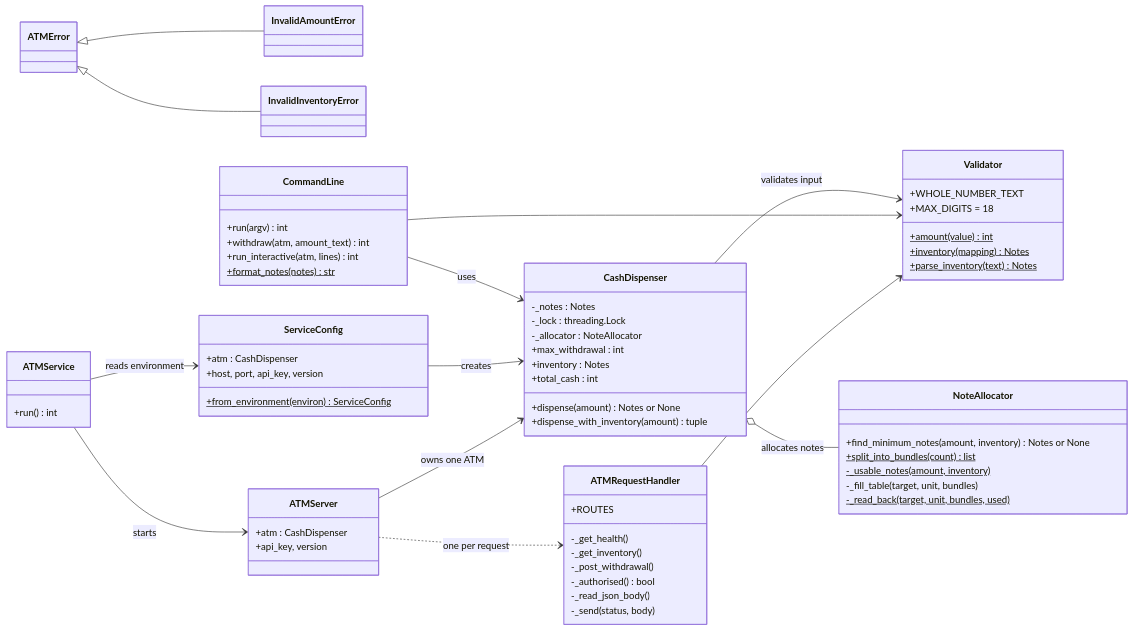
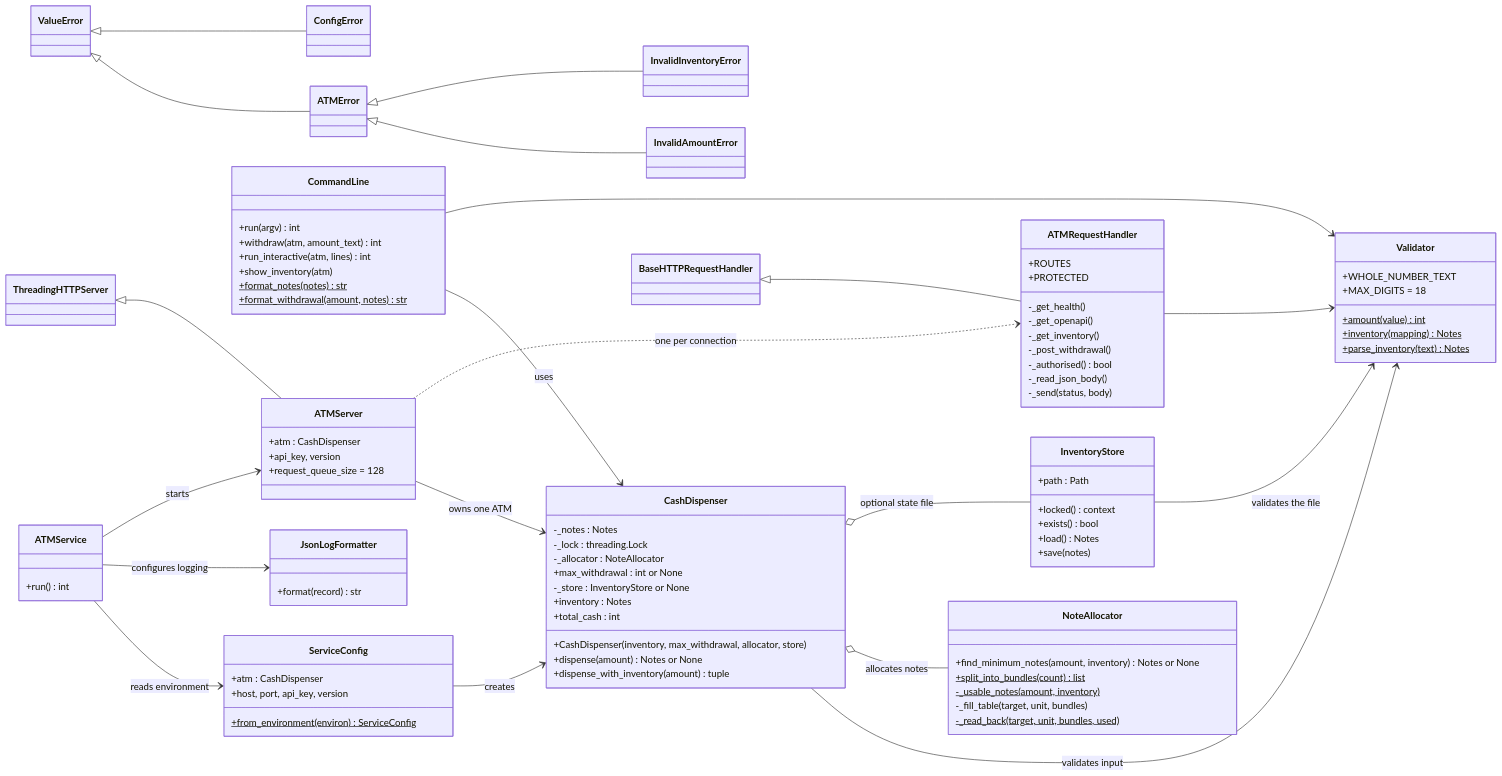
One commit to AnupamGupta86/InmarCodingAssignment changed the third of 7 diagrams in README.md. Above: the diagram before and after it, drawn with Mermaid. The commit also changed other lines of this file and 18 other files, not shown here.

Commit message:
README: GCD full form, workflow diagrams, remove production considerations

````diff
--- a/README.md
+++ b/README.md
@@ -131,11 +150,15 @@
 classDiagram
     direction LR
 
+    class ValueError
     class ATMError
     class InvalidAmountError
     class InvalidInventoryError
+    class ConfigError
+    ValueError <|-- ATMError
     ATMError <|-- InvalidAmountError
     ATMError <|-- InvalidInventoryError
+    ValueError <|-- ConfigError
 
     class Validator {
         +WHOLE_NUMBER_TEXT
@@ -157,18 +180,30 @@
         -_notes : Notes
         -_lock : threading.Lock
         -_allocator : NoteAllocator
-        +max_withdrawal : int
+        +max_withdrawal : int or None
+        -_store : InventoryStore or None
+        +CashDispenser(inventory, max_withdrawal, allocator, store)
         +dispense(amount) Notes or None
         +dispense_with_inventory(amount) tuple
         +inventory : Notes
         +total_cash : int
     }
 
+    class InventoryStore {
+        +path : Path
+        +locked() context
+        +exists() bool
+        +load() Notes
+        +save(notes)
+    }
+
     class CommandLine {
         +run(argv) int
         +withdraw(atm, amount_text) int
         +run_interactive(atm, lines) int
+        +show_inventory(atm)
         +format_notes(notes)$ str
+        +format_withdrawal(amount, notes)$ str
     }
 
     class ServiceConfig {
@@ -181,29 +216,43 @@
         +run() int
     }
 
+    class ThreadingHTTPServer
     class ATMServer {
         +atm : CashDispenser
         +api_key, version
+        +request_queue_size = 128
     }
+    ThreadingHTTPServer <|-- ATMServer
 
+    class BaseHTTPRequestHandler
     class ATMRequestHandler {
         +ROUTES
+        +PROTECTED
         -_get_health()
+        -_get_openapi()
         -_get_inventory()
         -_post_withdrawal()
         -_authorised() bool
         -_read_json_body()
         -_send(status, body)
     }
+    BaseHTTPRequestHandler <|-- ATMRequestHandler
+
+    class JsonLogFormatter {
+        +format(record) str
+    }
 
     CashDispenser --> Validator : validates input
     CashDispenser o-- NoteAllocator : allocates notes
+    CashDispenser o-- InventoryStore : optional state file
+    InventoryStore --> Validator : validates the file
     CommandLine --> CashDispenser : uses
     CommandLine --> Validator
     ATMService --> ServiceConfig : reads environment
+    ATMService --> JsonLogFormatter : configures logging
     ServiceConfig --> CashDispenser : creates
     ATMService --> ATMServer : starts
     ATMServer --> CashDispenser : owns one ATM
-    ATMServer ..> ATMRequestHandler : one per request
+    ATMServer ..> ATMRequestHandler : one per connection
     ATMRequestHandler --> Validator
 ```
````
